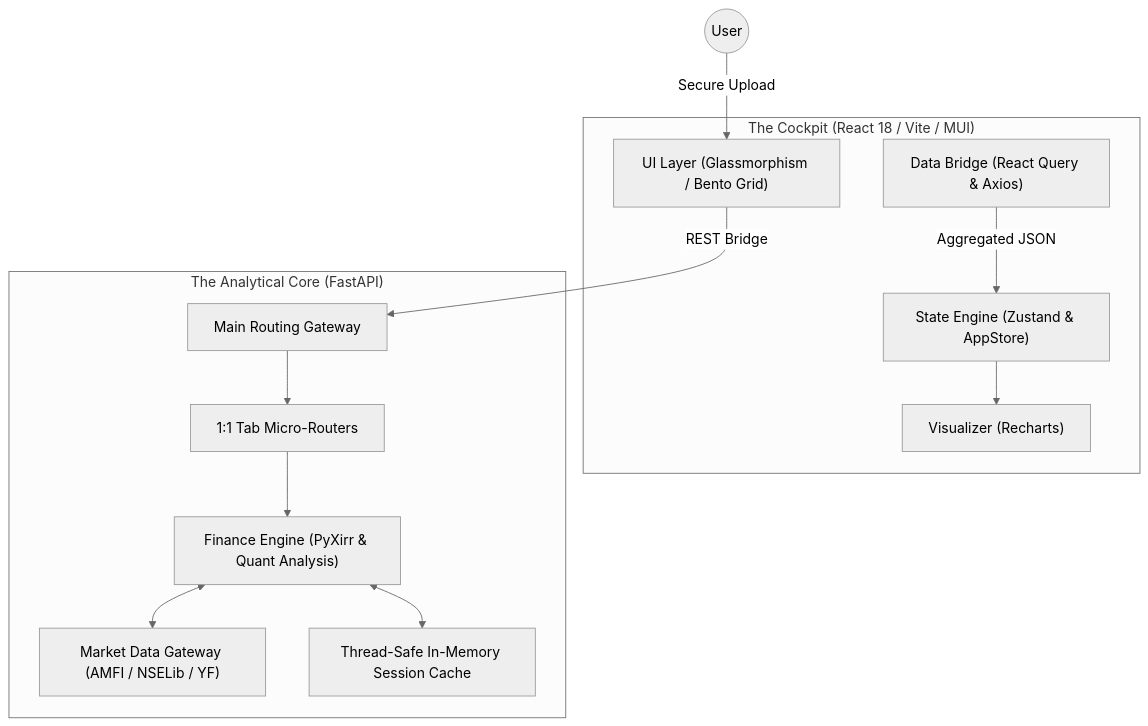
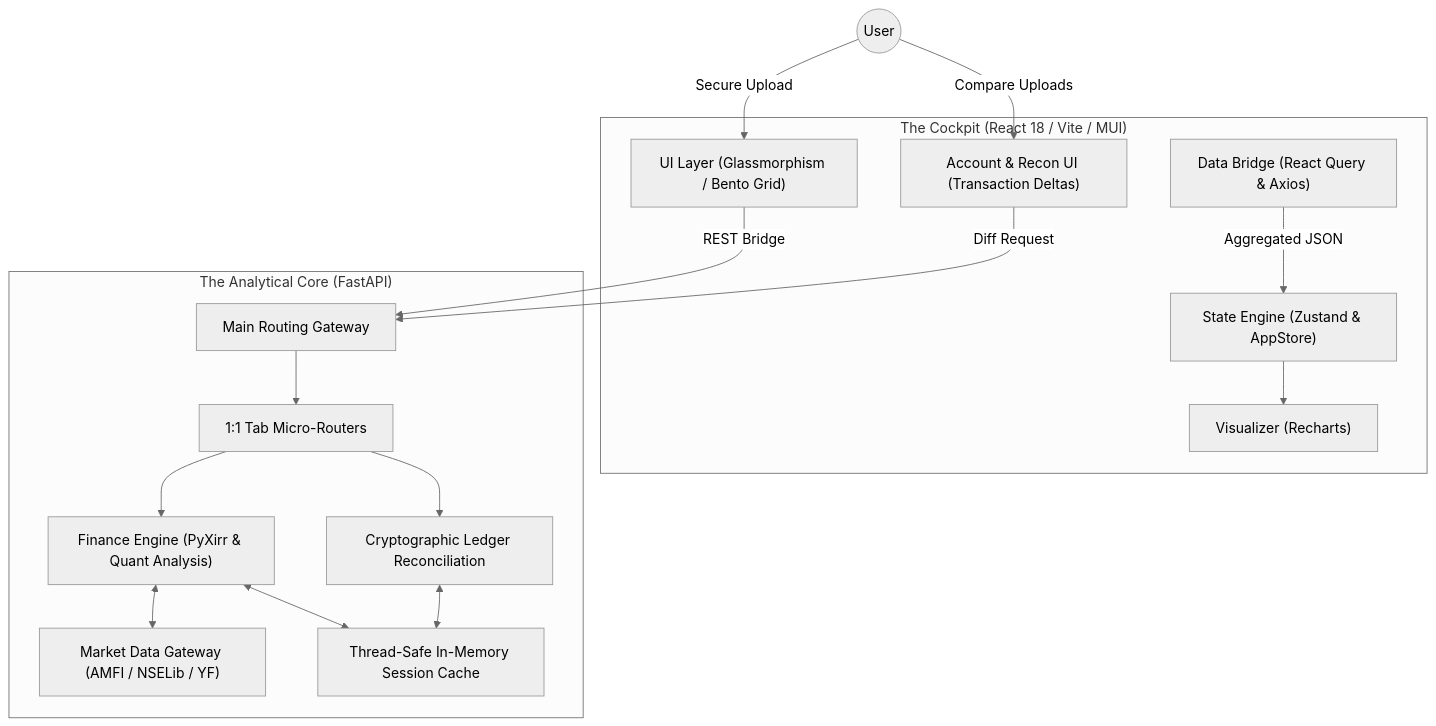
Before and after one commit to dasavik27/FinanceBuddy: the diagram in ARCHITECTURE.md, drawn with Mermaid (neutral theme). The commit also changed other lines of this file and 558 other files, not shown here.

````diff
--- a/ARCHITECTURE.md
+++ b/ARCHITECTURE.md
@@ -20,26 +20,32 @@
 ```mermaid
 graph TD
     subgraph "The Cockpit (React 18 / Vite / MUI)"
         UI["UI Layer (Glassmorphism / Bento Grid)"]
         Store["State Engine (Zustand & AppStore)"]
         Sync["Data Bridge (React Query & Axios)"]
         Vis["Visualizer (Recharts)"]
+        Account["Account & Recon UI (Transaction Deltas)"]
     end
 
     subgraph "The Analytical Core (FastAPI)"
         Gateway["Main Routing Gateway"]
         Tabs["1:1 Tab Micro-Routers"]
         Logic["Finance Engine (PyXirr & Quant Analysis)"]
+        Ledger["Cryptographic Ledger Reconciliation"]
         Market["Market Data Gateway (AMFI / NSELib / YF)"]
         RAM["Thread-Safe In-Memory Session Cache"]
     end
 
     User((User)) -->|Secure Upload| UI
+    User -->|Compare Uploads| Account
     UI -->|REST Bridge| Gateway
+    Account -->|Diff Request| Gateway
     Gateway --> Tabs
     Tabs --> Logic
+    Tabs --> Ledger
     Logic <--> RAM
+    Ledger <--> RAM
     Logic <--> Market
     Sync -->|Aggregated JSON| Store
     Store --> Vis
 ```
````
